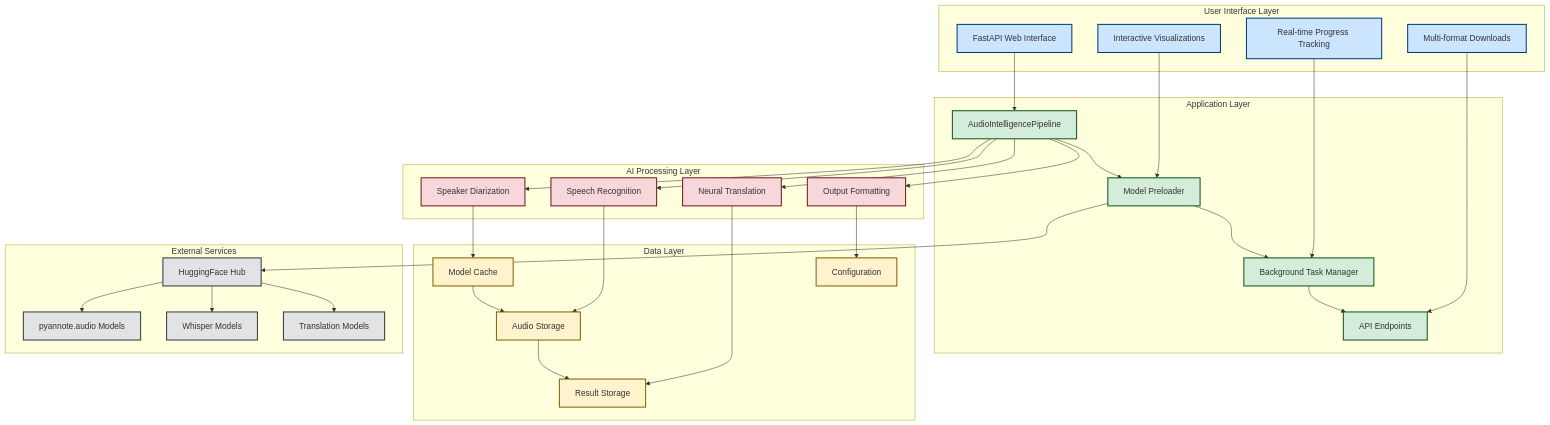
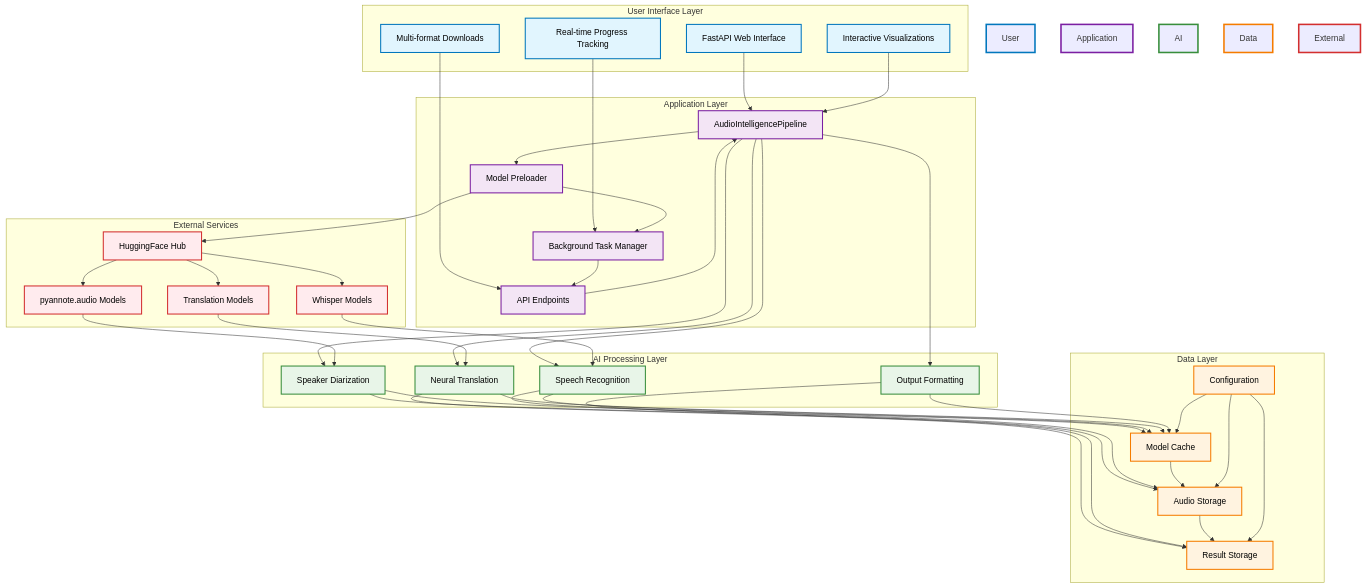
The diagram in DOCUMENTATION.md (Prathameshv07/Multilingual-Audio-Intelligence-System), drawn with Mermaid before and after one commit.

````diff
--- a/DOCUMENTATION.md
+++ b/DOCUMENTATION.md
@@ -194,78 +194,108 @@
 ```mermaid
 graph TB
+    subgraph "User Interface Layer"
+        A[FastAPI Web Interface]
+        B[Interactive Visualizations]
+        C[Real-time Progress Tracking]
+        D[Multi-format Downloads]
+    end
+    
+    subgraph "Application Layer"
+        E[AudioIntelligencePipeline]
+        F[Model Preloader]
+        G[Background Task Manager]
+        H[API Endpoints]
+    end
+    
+    subgraph "AI Processing Layer"
+        I[Speaker Diarization]
+        J[Speech Recognition]
+        K[Neural Translation]
+        L[Output Formatting]
+    end
+    
+    subgraph "Data Layer"
+        M[Model Cache]
+        N[Audio Storage]
+        O[Result Storage]
+        P[Configuration]
+    end
+    
+    subgraph "External Services"
+        Q[HuggingFace Hub]
+        R[pyannote.audio Models]
+        S[Whisper Models]
+        T[Translation Models]
+    end
+    
+    %% UI Layer connections
+    A --> E
+    B --> E
+    C --> G
+    D --> H
+    
+    %% Application Layer internal connections
+    E --> F
+    F --> G
+    G --> H
+    H --> E
+    
+    %% Application to AI Processing connections
+    E --> I
+    E --> J
+    E --> K
+    E --> L
+    
+    %% AI Processing to Data Layer connections
+    I --> M
+    J --> M
+    K --> M
+    L --> M
+    I --> N
+    J --> N
+    K --> O
+    L --> O
+    
+    %% Data Layer connections
+    M --> N
+    N --> O
+    P --> M
+    P --> N
+    P --> O
+    
+    %% External Services connections
+    F --> Q
+    Q --> R
+    Q --> S
+    Q --> T
+    R --> I
+    S --> J
+    T --> K
 
-%% Define classes for styling
-classDef ui fill:#cce5ff,stroke:#004085,stroke-width:2px;
-classDef app fill:#d4edda,stroke:#155724,stroke-width:2px;
-classDef ai fill:#f8d7da,stroke:#721c24,stroke-width:2px;
-classDef data fill:#fff3cd,stroke:#856404,stroke-width:2px;
-classDef external fill:#e2e3e5,stroke:#383d41,stroke-width:2px;
+    %% Styling for User Interface Layer
+    classDef uiLayer fill:#e1f5fe,stroke:#0277bd,stroke-width:2px,color:#000
+    class A,B,C,D uiLayer
 
-%% UI Layer
-subgraph "User Interface Layer"
-    A[FastAPI Web Interface]
-    B[Interactive Visualizations]
-    C[Real-time Progress Tracking]
-    D[Multi-format Downloads]
-end
-class A,B,C,D ui;
+    %% Styling for Application Layer
+    classDef appLayer fill:#f3e5f5,stroke:#7b1fa2,stroke-width:2px,color:#000
+    class E,F,G,H appLayer
 
-%% Application Layer
-subgraph "Application Layer"
-    E[AudioIntelligencePipeline]
-    F[Model Preloader]
-    G[Background Task Manager]
-    H[API Endpoints]
-end
-class E,F,G,H app;
+    %% Styling for AI Processing Layer
+    classDef aiLayer fill:#e8f5e8,stroke:#388e3c,stroke-width:2px,color:#000
+    class I,J,K,L aiLayer
 
-%% AI Processing Layer
-subgraph "AI Processing Layer"
-    I[Speaker Diarization]
-    J[Speech Recognition]
-    K[Neural Translation]
-    L[Output Formatting]
-end
-class I,J,K,L ai;
+    %% Styling for Data Layer
+    classDef dataLayer fill:#fff3e0,stroke:#f57c00,stroke-width:2px,color:#000
+    class M,N,O,P dataLayer
 
-%% Data Layer
-subgraph "Data Layer"
-    M[Model Cache]
-    N[Audio Storage]
-    O[Result Storage]
-    P[Configuration]
-end
-class M,N,O,P data;
+    %% Styling for External Services
+    classDef extLayer fill:#ffebee,stroke:#d32f2f,stroke-width:2px,color:#000
+    class Q,R,S,T extLayer
 
-%% External Services
-subgraph "External Services"
-    Q[HuggingFace Hub]
-    R[pyannote.audio Models]
-    S[Whisper Models]
-    T[Translation Models]
-end
-class Q,R,S,T external;
-
-%% Connections
-A --> E
-B --> F
-C --> G
-D --> H
-E --> I
-E --> J
-E --> K
-E --> L
-I --> M
-J --> N
-K --> O
-L --> P
-F --> Q
-Q --> R
-Q --> S
-Q --> T
-E --> F
-F --> G
-G --> H
-M --> N
-N --> O
+    %% Subgraph styling
+    style User Interface Layer fill:#e1f5fe,stroke:#0277bd,stroke-width:3px
+    style Application Layer fill:#f3e5f5,stroke:#7b1fa2,stroke-width:3px
+    style AI Processing Layer fill:#e8f5e8,stroke:#388e3c,stroke-width:3px
+    style Data Layer fill:#fff3e0,stroke:#f57c00,stroke-width:3px
+    style External Services fill:#ffebee,stroke:#d32f2f,stroke-width:3px
 ```
````
